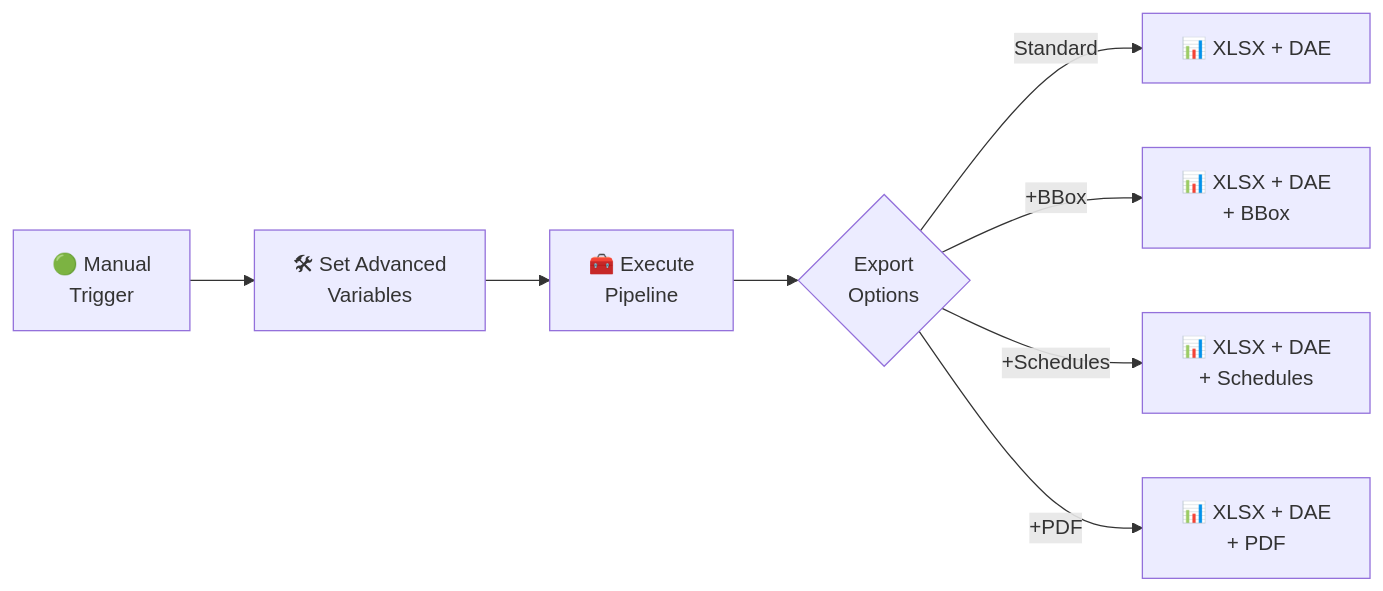
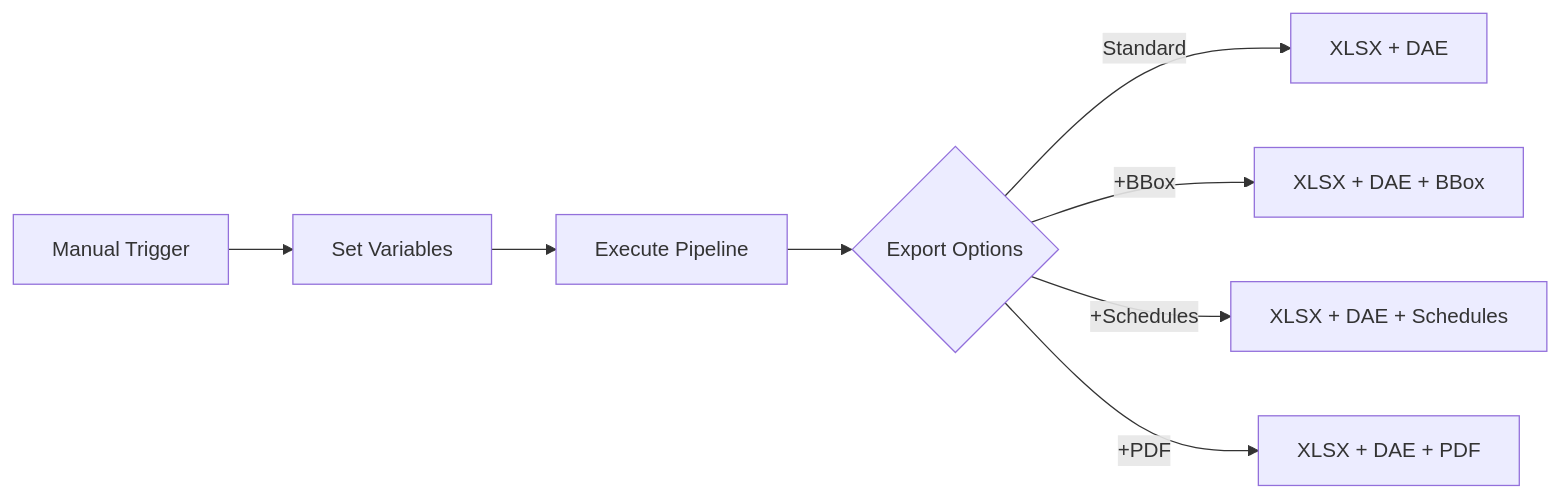
Before and after one commit to ehtick/cad2data-Revit-IFC-DWG-DGN-pipeline-with-conversion-validation-qto: the second of 4 diagrams in README.md, drawn with Mermaid. The commit also changed other lines of this file, not shown here.

````diff
--- a/README.md
+++ b/README.md
@@ -228,10 +106,10 @@
 ```mermaid
 graph LR;
-    A[🟢 Manual<br/>Trigger] --> B[🛠 Set Advanced<br/>Variables]
-    B --> C[🧰 Execute<br/>Pipeline]
-    C --> D{Export<br/>Options}
-    D -->|Standard| F[📊 XLSX + DAE]
-    D -->|+BBox| G[📊 XLSX + DAE<br/>+ BBox]
-    D -->|+Schedules| H[📊 XLSX + DAE<br/>+ Schedules]
-    D -->|+PDF| I[📊 XLSX + DAE<br/>+ PDF]
+    A[Manual Trigger] --> B[Set Variables];
+    B --> C[Execute Pipeline];
+    C --> D{Export Options};
+    D -->|Standard| F[XLSX + DAE];
+    D -->|+BBox| G[XLSX + DAE + BBox];
+    D -->|+Schedules| H[XLSX + DAE + Schedules];
+    D -->|+PDF| I[XLSX + DAE + PDF];
 ```
````
